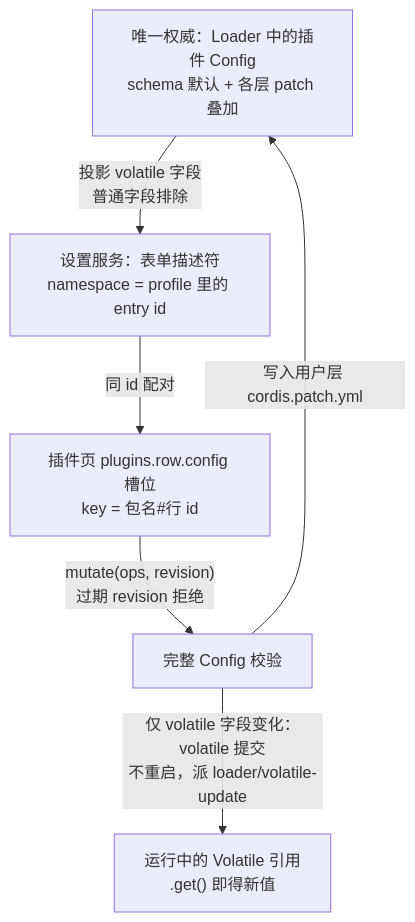
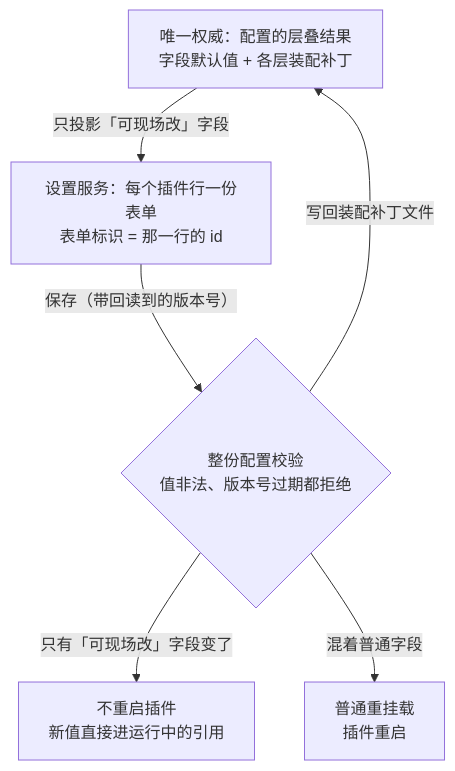
One commit to anthonyzhao-4926/blog changed the first of 3 diagrams in dsh 插件开发学习/14-把插件配置搬进设置页.md. Above: the diagram before and after it, drawn with Mermaid. The commit also changed other lines of this file and 38 other files, not shown here.

````diff
--- a/dsh 插件开发学习/14-把插件配置搬进设置页.md
+++ b/dsh 插件开发学习/14-把插件配置搬进设置页.md
@@ -41,8 +43,8 @@
 ```mermaid
 flowchart TD
-    A["唯一权威：Loader 中的插件 Config<br/>schema 默认 + 各层 patch 叠加"] -->|"投影 volatile 字段<br/>普通字段排除"| B["设置服务：表单描述符<br/>namespace = profile 里的 entry id"]
-    B -->|"同 id 配对"| C["插件页 plugins.row.config 槽位<br/>key = 包名#行 id"]
-    C -->|"mutate(ops, revision)<br/>过期 revision 拒绝"| D["完整 Config 校验"]
-    D -->|"写入用户层 cordis.patch.yml"| A
-    D -->|"仅 volatile 字段变化：volatile 提交<br/>不重启，派 loader/volatile-update"| E["运行中的 Volatile 引用<br/>.get() 即得新值"]
+    A["唯一权威：配置的层叠结果<br/>字段默认值 + 各层装配补丁"] -->|"只投影「可现场改」字段"| B["设置服务：每个插件行一份表单<br/>表单标识 = 那一行的 id"]
+    B -->|"保存（带回读到的版本号）"| D{"整份配置校验<br/>值非法、版本号过期都拒绝"}
+    D -->|"写回装配补丁文件"| A
+    D -->|"只有「可现场改」字段变了"| E["不重启插件<br/>新值直接进运行中的引用"]
+    D -->|"混着普通字段"| F["普通重挂载<br/>插件重启"]
 ```
````
